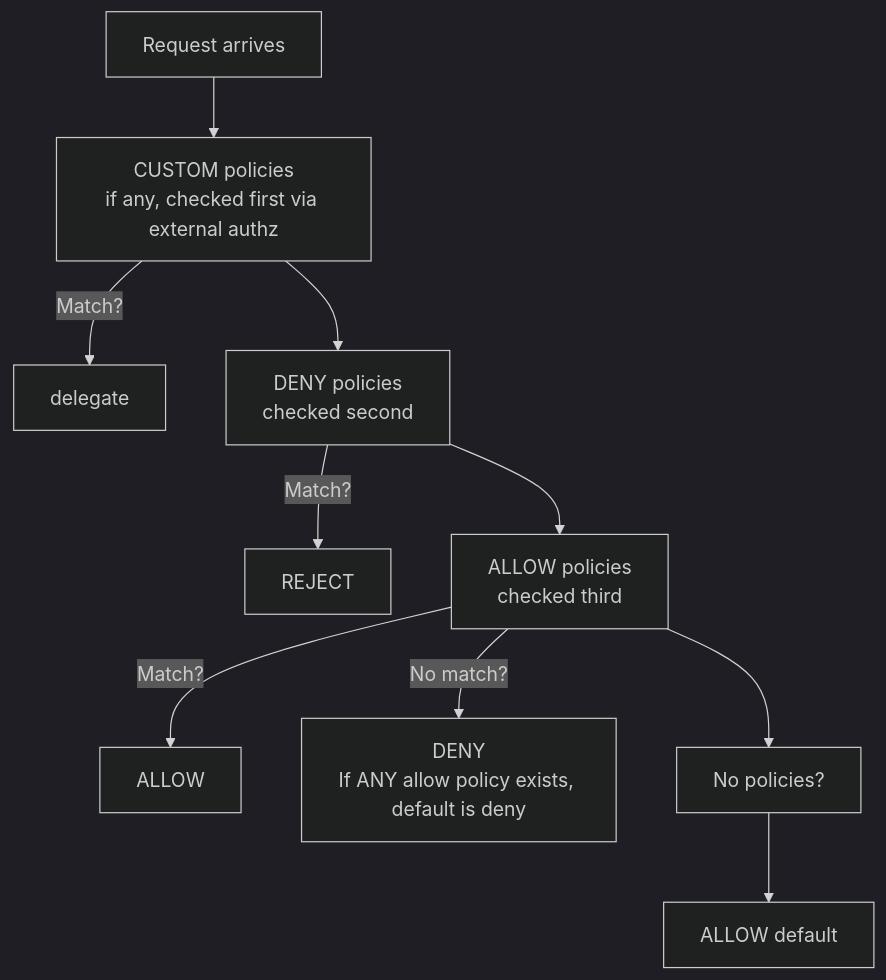
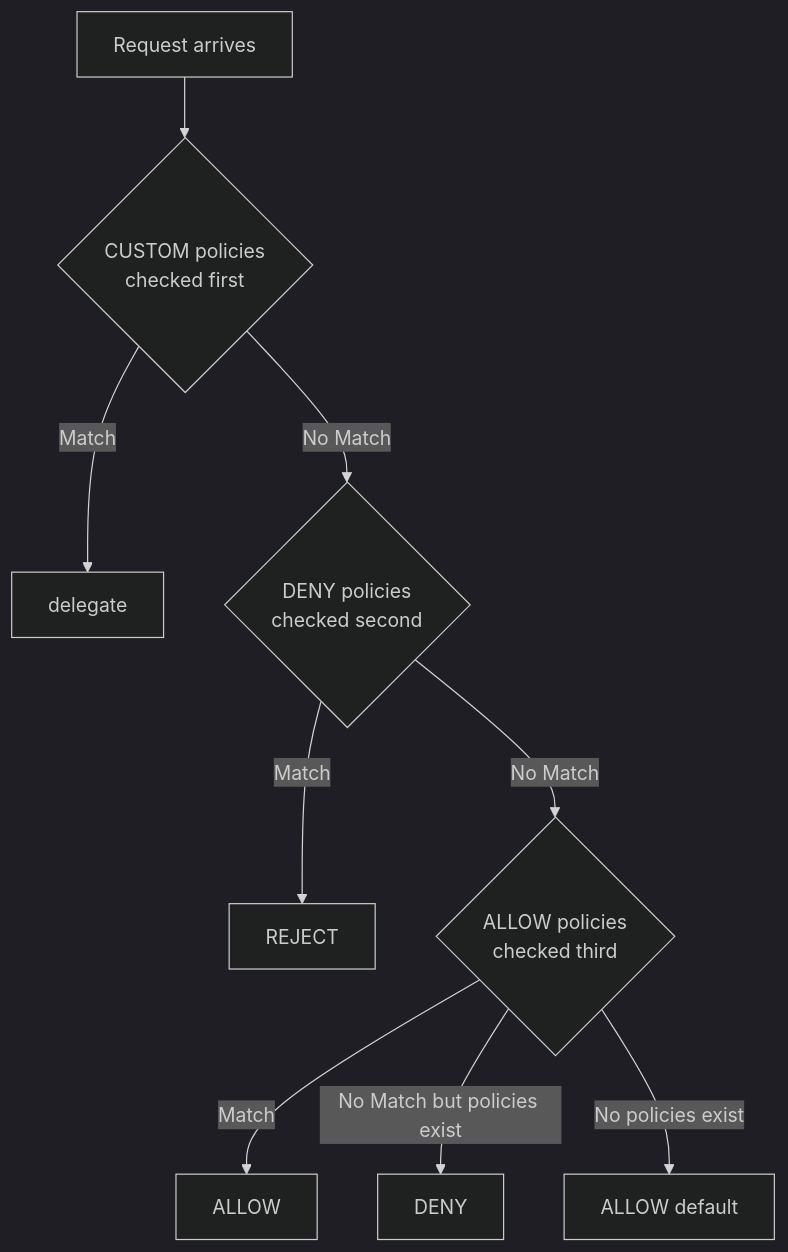
Before and after one commit to kube-dojo/kube-dojo: the second of 3 diagrams in src/content/docs/k8s/ica/module-1.3-istio-security-troubleshooting.md, drawn with Mermaid (dark theme). The commit also changed other lines of this file, not shown here.

````diff
--- a/src/content/docs/k8s/ica/module-1.3-istio-security-troubleshooting.md
+++ b/src/content/docs/k8s/ica/module-1.3-istio-security-troubleshooting.md
@@ -347,12 +364,11 @@
 ```mermaid
 flowchart TD
-    Req[Request arrives] --> Custom[CUSTOM policies<br/>if any, checked first via external authz]
-    Custom -- Match? --> Del[delegate]
-    Custom --> Deny[DENY policies<br/>checked second]
-    Deny -- Match? --> Reject[REJECT]
-    Deny --> Allow[ALLOW policies<br/>checked third]
-    Allow -- Match? --> AllowAct[ALLOW]
-    Allow -- No match? --> DenyAct[DENY<br/>If ANY allow policy exists, default is deny]
-    Allow --> NoPol[No policies?]
-    NoPol --> AllowDef[ALLOW default]
+    Req[Request arrives] --> Custom{CUSTOM policies<br/>checked first}
+    Custom -- Match --> Del[delegate]
+    Custom -- No Match --> Deny{DENY policies<br/>checked second}
+    Deny -- Match --> Rej[REJECT]
+    Deny -- No Match --> Allow{ALLOW policies<br/>checked third}
+    Allow -- Match --> Acc[ALLOW]
+    Allow -- No Match but policies exist --> Rej2[DENY]
+    Allow -- No policies exist --> Def[ALLOW default]
 ```
````
